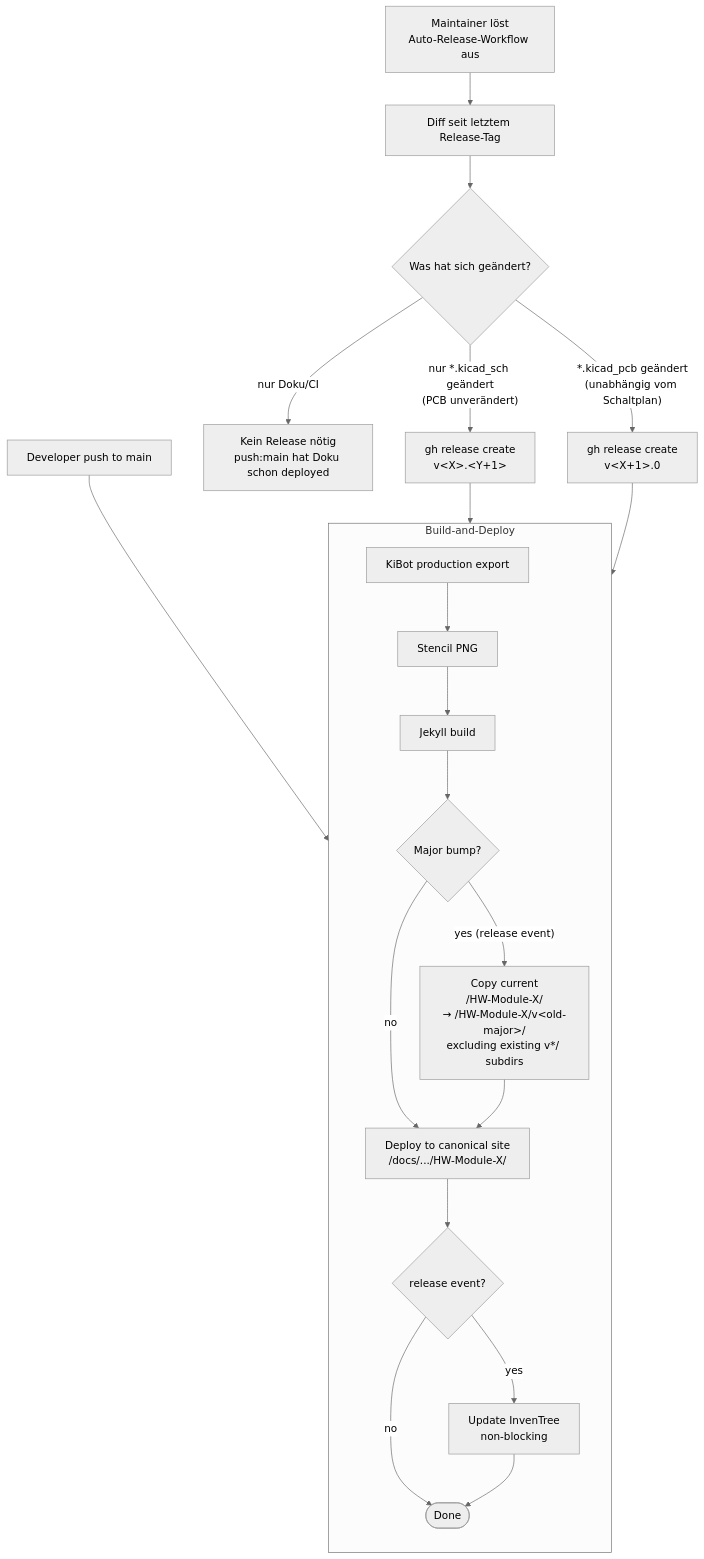
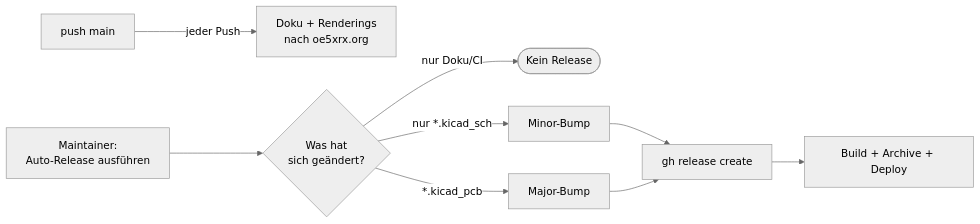
The diagram in docs/remote-station/hardware/versioning.md (OE5XRX/OE5XRX.github.io), drawn with Mermaid (neutral theme) before and after one commit. The commit also changed other lines of this file, not shown here.

````diff
--- a/docs/remote-station/hardware/versioning.md
+++ b/docs/remote-station/hardware/versioning.md
@@ -33,30 +30,9 @@
 ```mermaid
-flowchart TB
-    Push[Developer push to main]
-    Disp[Maintainer löst<br/>Auto-Release-Workflow aus]
-
-    Push --> Build1
-    Disp --> AutoCalc
-
-    subgraph BuildPath [Build-and-Deploy]
-        direction TB
-        Build1[KiBot production export]
-        Build1 --> Stencil1[Stencil PNG]
-        Stencil1 --> Jekyll1[Jekyll build]
-        Jekyll1 --> CheckMajor{Major bump?}
-        CheckMajor -->|"yes (release event)"| Archive[Copy current<br/>/HW-Module-X/<br/>→ /HW-Module-X/v&lt;old-major&gt;/<br/>excluding existing v*/ subdirs]
-        CheckMajor -->|"no"| Deploy1
-        Archive --> Deploy1[Deploy to canonical site<br/>/docs/.../HW-Module-X/]
-        Deploy1 --> InvenTree{release event?}
-        InvenTree -->|"yes"| InvenT[Update InvenTree<br/>non-blocking]
-        InvenTree -->|"no"| Done1([Done])
-        InvenT --> Done1
-    end
-
-    AutoCalc[Diff seit letztem Release-Tag] --> Decide{Was hat sich geändert?}
-    Decide -->|"nur Doku/CI"| NoTag[Kein Release nötig<br/>push:main hat Doku schon deployed]
-    Decide -->|"nur *.kicad_sch geändert<br/>(PCB unverändert)"| Minor[gh release create<br/>v&lt;X&gt;.&lt;Y+1&gt;]
-    Decide -->|"*.kicad_pcb geändert<br/>(unabhängig vom Schaltplan)"| Major[gh release create<br/>v&lt;X+1&gt;.0]
-    Minor --> Build1
-    Major --> Build1
+flowchart LR
+    Push[push main] -->|jeder Push| Deploy[Doku + Renderings<br/>nach oe5xrx.org]
+    Disp[Maintainer:<br/>Auto-Release ausführen] --> Diff{Was hat<br/>sich geändert?}
+    Diff -->|nur Doku/CI| Done([Kein Release])
+    Diff -->|nur *.kicad_sch| Minor[Minor-Bump]
+    Diff -->|*.kicad_pcb| Major[Major-Bump]
+    Minor & Major --> Tag[gh release create] --> Build[Build + Archive + Deploy]
 ```
````
